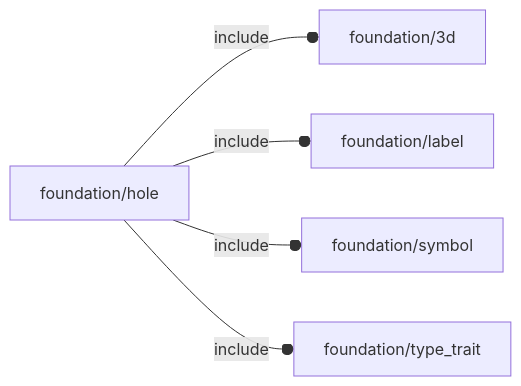
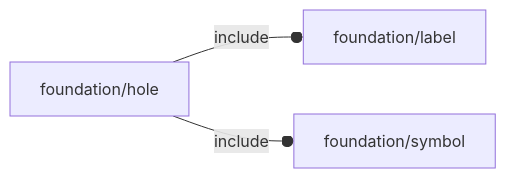
One commit to ggabbiani/OFL changed the diagram in orthodocs/foundation/hole.md. Above: the diagram before and after it, drawn with Mermaid. The commit also changed other lines of this file and 39 other files, not shown here.

````diff
--- a/orthodocs/foundation/hole.md
+++ b/orthodocs/foundation/hole.md
@@ -5,7 +5,5 @@
 ```mermaid
 graph LR
-    A1[foundation/hole] --o|include| A2[foundation/3d]
-    A1 --o|include| A3[foundation/label]
-    A1 --o|include| A4[foundation/symbol]
-    A1 --o|include| A5[foundation/type_trait]
+    A1[foundation/hole] --o|include| A2[foundation/label]
+    A1 --o|include| A3[foundation/symbol]
 ```
````
